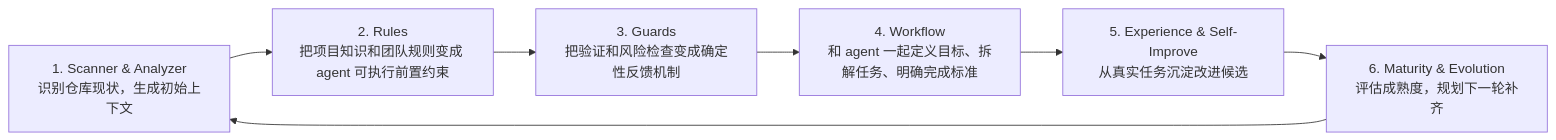
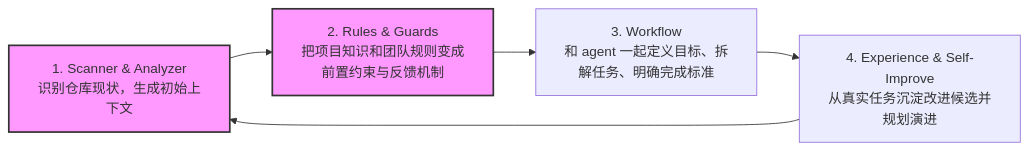
The diagram in report.md (DengNaichen/harnesskit), drawn with Mermaid before and after one commit. The commit also changed other lines of this file and 10 other files, not shown here.

````diff
--- a/report.md
+++ b/report.md
@@ -29,11 +42,12 @@
 ```mermaid
 flowchart LR
     A["1. Scanner & Analyzer<br/>识别仓库现状，生成初始上下文"]
-    B["2. Rules<br/>把项目知识和团队规则变成 agent 可执行前置约束"]
-    C["3. Guards<br/>把验证和风险检查变成确定性反馈机制"]
-    D["4. Workflow<br/>和 agent 一起定义目标、拆解任务、明确完成标准"]
-    E["5. Experience & Self-Improve<br/>从真实任务沉淀改进候选"]
-    F["6. Maturity & Evolution<br/>评估成熟度，规划下一轮补齐"]
+    B["2. Rules & Guards<br/>把项目知识和团队规则变成前置约束与反馈机制"]
+    C["3. Workflow<br/>和 agent 一起定义目标、拆解任务、明确完成标准"]
+    D["4. Experience & Self-Improve<br/>从真实任务沉淀改进候选并规划演进"]
 
-    A --> B --> C --> D --> E --> F --> A
+    A --> B --> C --> D --> A
+
+    classDef mvp fill:#f9f,stroke:#333,stroke-width:2px;
+    class A,B mvp;
 ```
````
